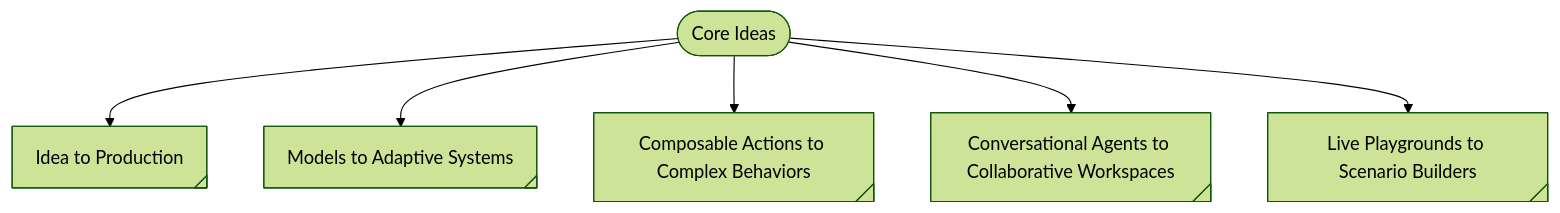
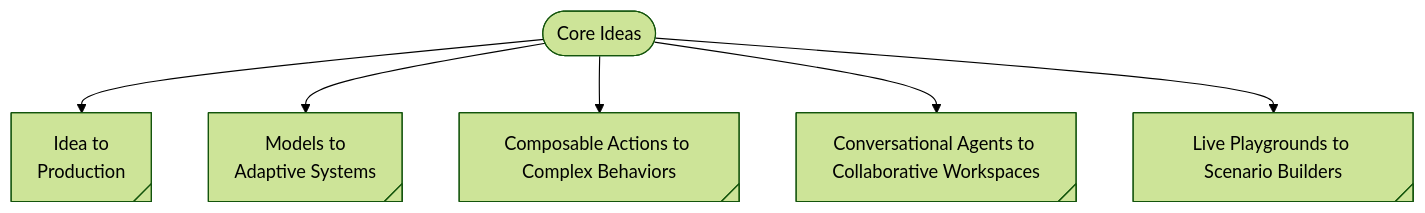
The first of 2 diagrams in README.md (alywonder/awhere-ai), drawn with Mermaid (forest theme) before and after one commit. The commit also changed other lines of this file, not shown here.

First line of the commit message:
Improve README formatting and expand Idea to Production section

````diff
--- a/README.md
+++ b/README.md
@@ -35,15 +34,14 @@
 ```mermaid
 flowchart TD
     ideas@{ shape: stadium, label: "Core Ideas" }
-    idea-to-production@{ shape: tag-rect, label: "Idea to Production" }
-    models-to-adaptive-systems@{ shape: tag-rect, label: "Models to Adaptive Systems" }
+    idea-to-production@{ shape: tag-rect, label: "Idea to <br> Production" }
+    models-to-adaptive-systems@{ shape: tag-rect, label: "Models to <br> Adaptive Systems" }
     composable-actions-to-complex-behaviors@{ shape: tag-rect, label: "Composable Actions to Complex Behaviors" }
     conversational-agents-to-collaborative-workspaces@{ shape: tag-rect, label: "Conversational Agents to Collaborative Workspaces" }
     live-playgrounds@{ shape: tag-rect, label: "Live Playgrounds to Scenario Builders" }
     ideas --> idea-to-production
     ideas --> models-to-adaptive-systems
     ideas --> composable-actions-to-complex-behaviors
     ideas --> conversational-agents-to-collaborative-workspaces
     ideas --> live-playgrounds
-
 ```
````
